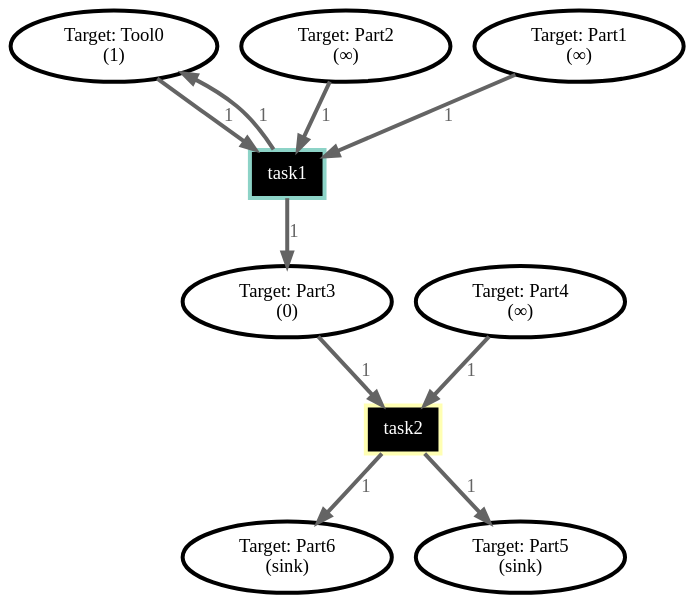
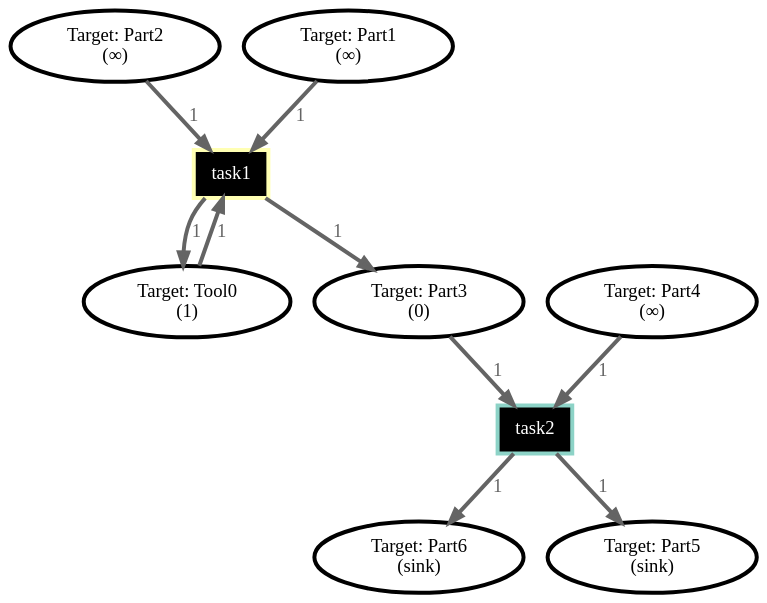
One commit to Wisc-HCI/allocobot changed the diagram in basic.dot. Above: the diagram before and after it, drawn with Graphviz. The commit also changed 12 other files, not shown here.

```diff
--- a/basic.dot
+++ b/basic.dot
@@ -1,31 +1,31 @@
 digraph Job_1 {
 bgcolor="transparent"
+// Place Target: Part2
+	193956828042312467836995133589368714822 [label="Target: Part2\n(∞)",style=filled,fillcolor="#FFFFFF",color="#000000",penwidth=3];
+// Place Target: Part6
+	187402751734631271095041558365610171572 [label="Target: Part6\n(sink)",style=filled,fillcolor="#FFFFFF",color="#000000",penwidth=3];
+// Place Target: Part1
+	254002644165917391391945531604011300459 [label="Target: Part1\n(∞)",style=filled,fillcolor="#FFFFFF",color="#000000",penwidth=3];
+// Place Target: Part3
+	123968120534618479548210759776244185696 [label="Target: Part3\n(0)",style=filled,fillcolor="#FFFFFF",color="#000000",penwidth=3];
+// Place Target: Part5
+	90844533266701799750130137770252054528 [label="Target: Part5\n(sink)",style=filled,fillcolor="#FFFFFF",color="#000000",penwidth=3];
+// Place Target: Part4
+	142459849210993174094700645699225038300 [label="Target: Part4\n(∞)",style=filled,fillcolor="#FFFFFF",color="#000000",penwidth=3];
 // Place Target: Tool0
-	179214591795702808993537384894301144054 [label="Target: Tool0\n(1)",style=filled,fillcolor="#FFFFFF",color="#000000",penwidth=3];
-// Place Target: Part3
-	112793386855085565228497372816172559599 [label="Target: Part3\n(0)",style=filled,fillcolor="#FFFFFF",color="#000000",penwidth=3];
-// Place Target: Part2
-	33533242782556272884517981640497718109 [label="Target: Part2\n(∞)",style=filled,fillcolor="#FFFFFF",color="#000000",penwidth=3];
-// Place Target: Part1
-	260776303957102142882329355296155488864 [label="Target: Part1\n(∞)",style=filled,fillcolor="#FFFFFF",color="#000000",penwidth=3];
-// Place Target: Part6
-	265002305345402223420795949838394384866 [label="Target: Part6\n(sink)",style=filled,fillcolor="#FFFFFF",color="#000000",penwidth=3];
-// Place Target: Part5
-	139655719684419810416271828914955368804 [label="Target: Part5\n(sink)",style=filled,fillcolor="#FFFFFF",color="#000000",penwidth=3];
-// Place Target: Part4
-	303611949466466063129741791023604114889 [label="Target: Part4\n(∞)",style=filled,fillcolor="#FFFFFF",color="#000000",penwidth=3];
+	127951187375872330854701493473179636882 [label="Target: Tool0\n(1)",style=filled,fillcolor="#FFFFFF",color="#000000",penwidth=3];
+// Transition task2
+	333457827594636482227573512549479998221 [label="task2",shape=box,style=filled,fillcolor="#000000",fontcolor="#FFFFFF",color="#8DD3C7",penwidth=3];
 // Transition task1
-	180455248433408089518413579767362111023 [label="task1",shape=box,style=filled,fillcolor="#000000",fontcolor="#FFFFFF",color="#8DD3C7",penwidth=3];
-// Transition task2
-	248602884663541933285509853745386175454 [label="task2",shape=box,style=filled,fillcolor="#000000",fontcolor="#FFFFFF",color="#FFFFB3",penwidth=3];
-	33533242782556272884517981640497718109 -> 180455248433408089518413579767362111023 [label="1",color="#646464",fontcolor="#646464",penwidth=3];
-	179214591795702808993537384894301144054 -> 180455248433408089518413579767362111023 [label="1",color="#646464",fontcolor="#646464",penwidth=3];
-	260776303957102142882329355296155488864 -> 180455248433408089518413579767362111023 [label="1",color="#646464",fontcolor="#646464",penwidth=3];
-	180455248433408089518413579767362111023 -> 112793386855085565228497372816172559599 [label="1",color="#646464",fontcolor="#646464",penwidth=3];
-	180455248433408089518413579767362111023 -> 179214591795702808993537384894301144054 [label="1",color="#646464",fontcolor="#646464",penwidth=3];
-	303611949466466063129741791023604114889 -> 248602884663541933285509853745386175454 [label="1",color="#646464",fontcolor="#646464",penwidth=3];
-	112793386855085565228497372816172559599 -> 248602884663541933285509853745386175454 [label="1",color="#646464",fontcolor="#646464",penwidth=3];
-	248602884663541933285509853745386175454 -> 139655719684419810416271828914955368804 [label="1",color="#646464",fontcolor="#646464",penwidth=3];
-	248602884663541933285509853745386175454 -> 265002305345402223420795949838394384866 [label="1",color="#646464",fontcolor="#646464",penwidth=3];
+	208875391395447023245095842804662033463 [label="task1",shape=box,style=filled,fillcolor="#000000",fontcolor="#FFFFFF",color="#FFFFB3",penwidth=3];
+	123968120534618479548210759776244185696 -> 333457827594636482227573512549479998221 [label="1",color="#646464",fontcolor="#646464",penwidth=3];
+	142459849210993174094700645699225038300 -> 333457827594636482227573512549479998221 [label="1",color="#646464",fontcolor="#646464",penwidth=3];
+	333457827594636482227573512549479998221 -> 90844533266701799750130137770252054528 [label="1",color="#646464",fontcolor="#646464",penwidth=3];
+	333457827594636482227573512549479998221 -> 187402751734631271095041558365610171572 [label="1",color="#646464",fontcolor="#646464",penwidth=3];
+	193956828042312467836995133589368714822 -> 208875391395447023245095842804662033463 [label="1",color="#646464",fontcolor="#646464",penwidth=3];
+	254002644165917391391945531604011300459 -> 208875391395447023245095842804662033463 [label="1",color="#646464",fontcolor="#646464",penwidth=3];
+	127951187375872330854701493473179636882 -> 208875391395447023245095842804662033463 [label="1",color="#646464",fontcolor="#646464",penwidth=3];
+	208875391395447023245095842804662033463 -> 127951187375872330854701493473179636882 [label="1",color="#646464",fontcolor="#646464",penwidth=3];
+	208875391395447023245095842804662033463 -> 123968120534618479548210759776244185696 [label="1",color="#646464",fontcolor="#646464",penwidth=3];
 overlap=false
 }
```
